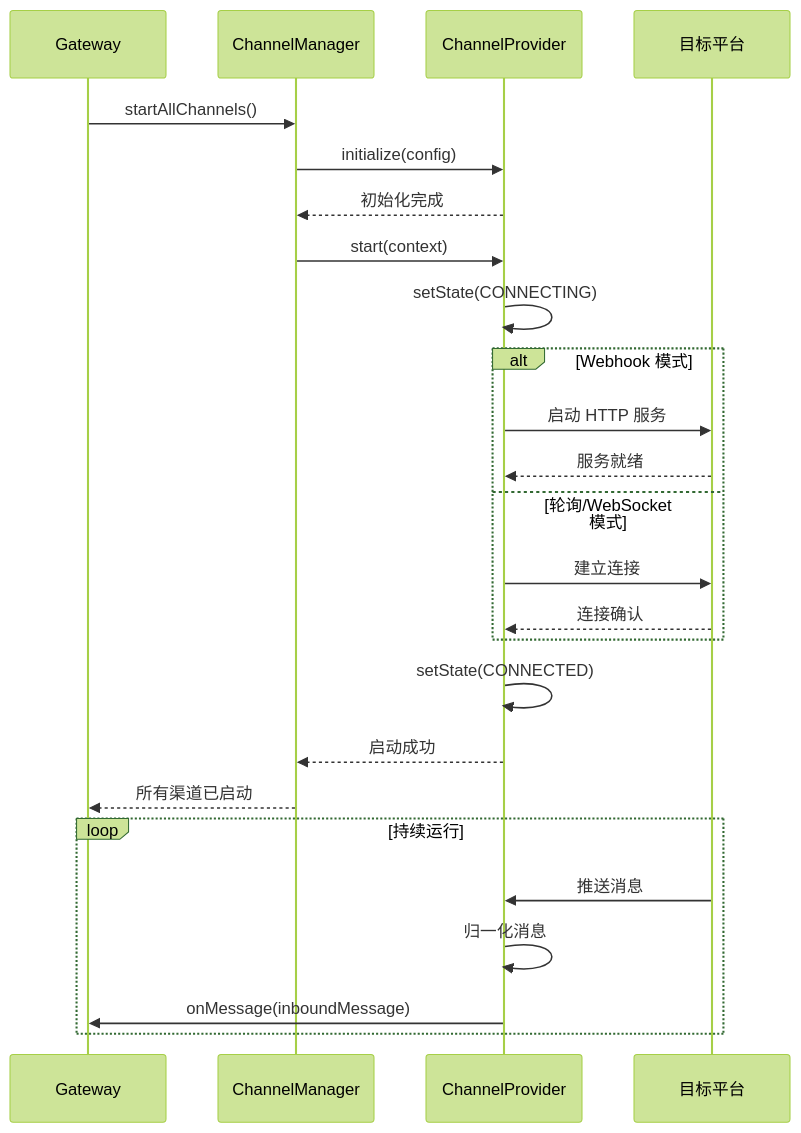
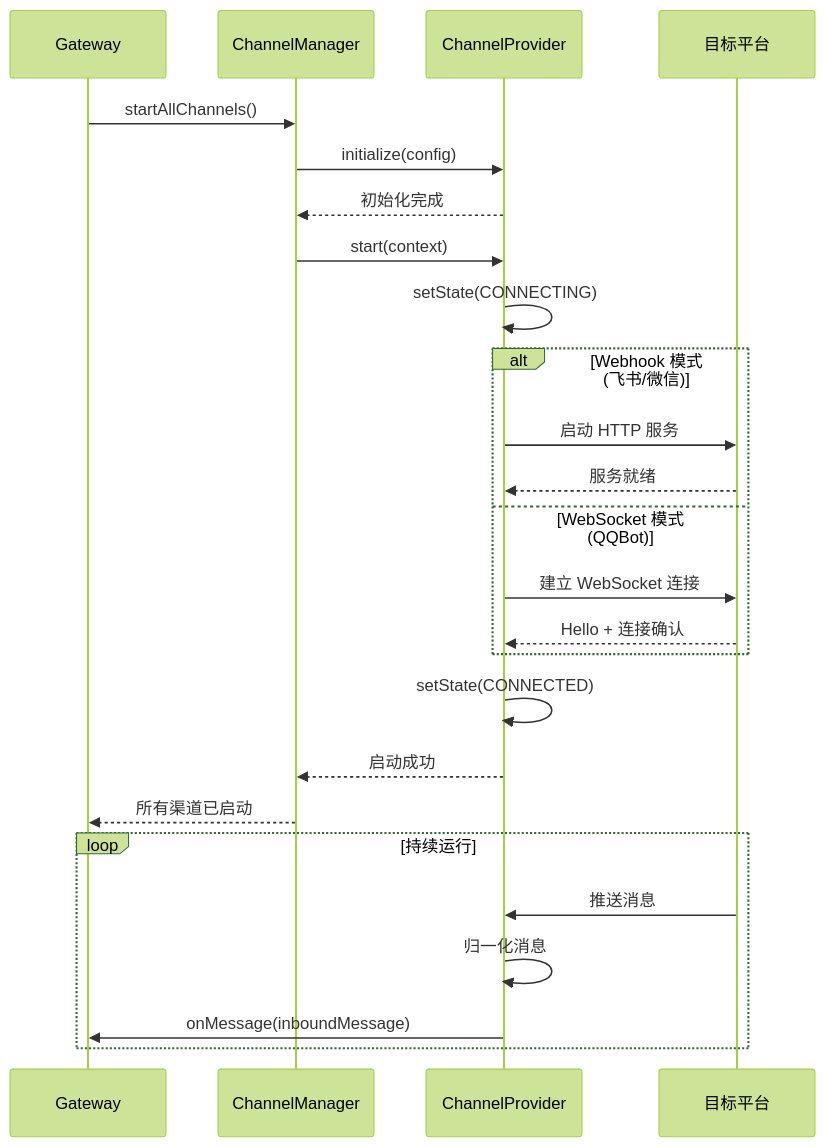
One commit to jdd-ndd/My-open-claw changed the third of 10 diagrams in docs/04-Channels渠道模块.md. Above: the diagram before and after it, drawn with Mermaid (forest theme). The commit also changed other lines of this file and 1913 other files, not shown here.

````diff
--- a/docs/04-Channels渠道模块.md
+++ b/docs/04-Channels渠道模块.md
@@ -1985,31 +1604,31 @@
 ```mermaid
 sequenceDiagram
     participant GW as Gateway
     participant CM as ChannelManager
     participant CP as ChannelProvider
     participant Platform as 目标平台
 
     GW->>CM: startAllChannels()
     CM->>CP: initialize(config)
     CP-->>CM: 初始化完成
     CM->>CP: start(context)
     CP->>CP: setState(CONNECTING)
     
-    alt Webhook 模式
+    alt Webhook 模式 (飞书/微信)
         CP->>Platform: 启动 HTTP 服务
         Platform-->>CP: 服务就绪
-    else 轮询/WebSocket 模式
-        CP->>Platform: 建立连接
-        Platform-->>CP: 连接确认
+    else WebSocket 模式 (QQBot)
+        CP->>Platform: 建立 WebSocket 连接
+        Platform-->>CP: Hello + 连接确认
     end
     
     CP->>CP: setState(CONNECTED)
     CP-->>CM: 启动成功
     CM-->>GW: 所有渠道已启动
     
     loop 持续运行
         Platform->>CP: 推送消息
         CP->>CP: 归一化消息
         CP->>GW: onMessage(inboundMessage)
     end
 ```
````
